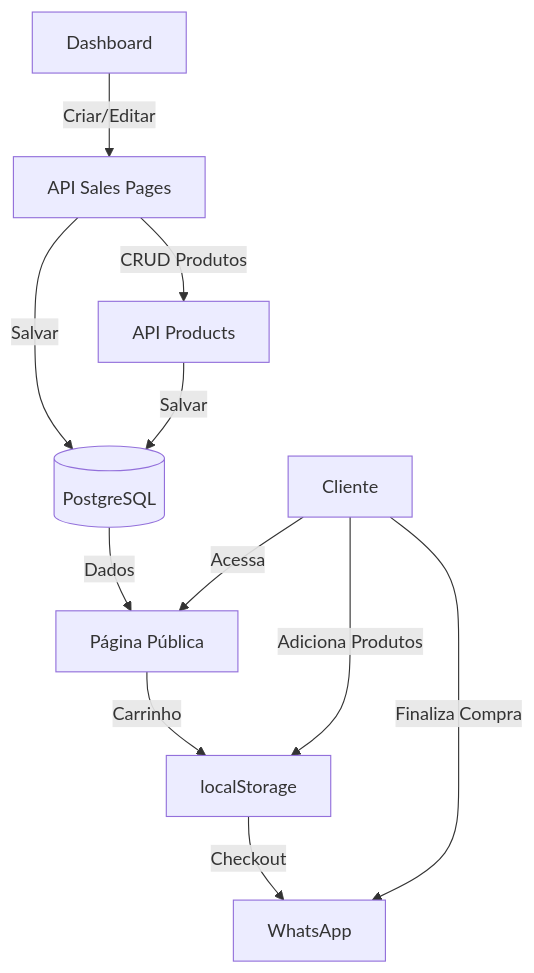
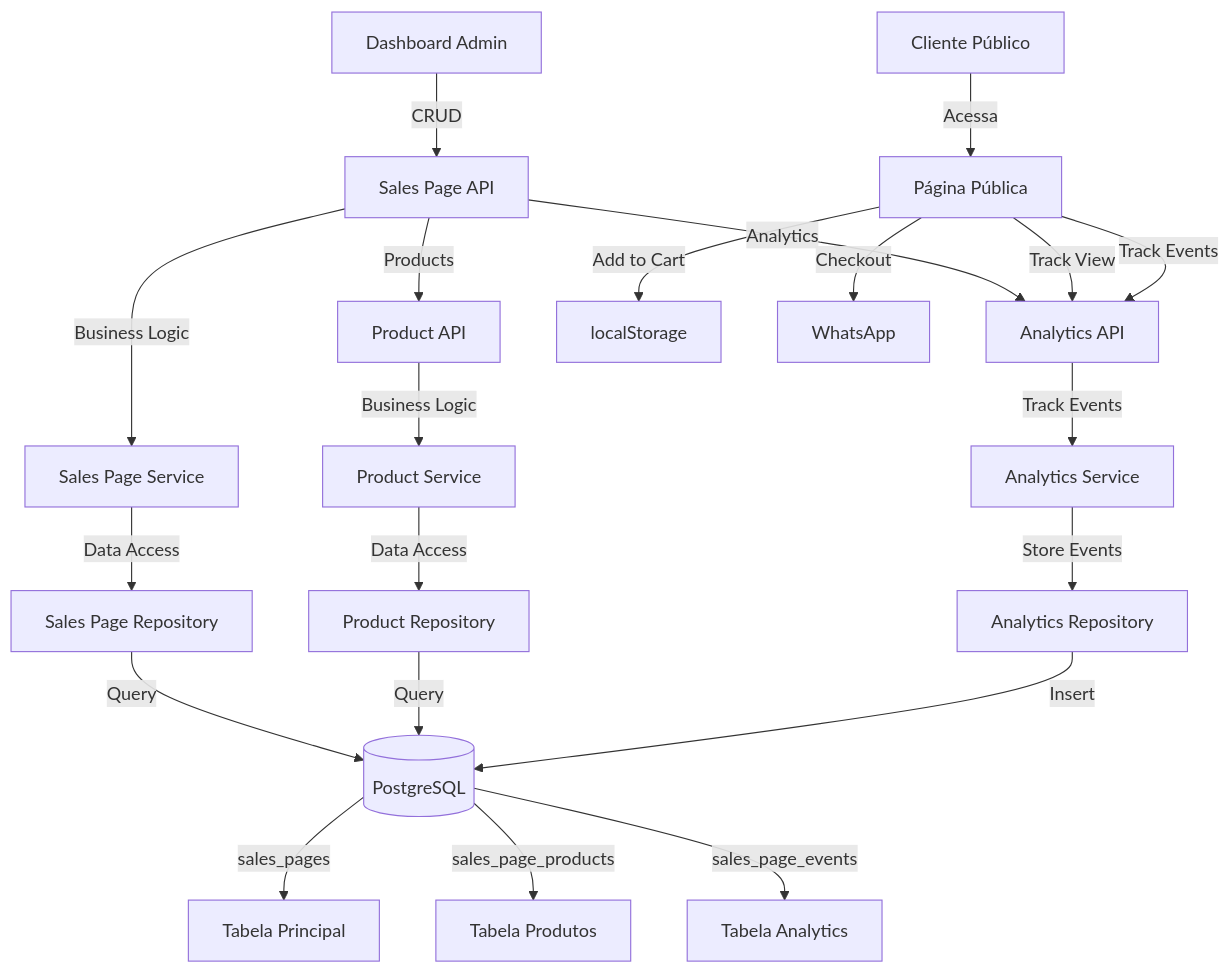
One commit to conectaking/conectaking-funcionando changed the diagram in .cursor/plans/módulo_página_de_vendas_78130cf8.plan.md. Above: the diagram before and after it, drawn with Mermaid. The commit also changed other lines of this file and 26 other files, not shown here.

First line of the commit message:
Update sales page module and profile view for enhanced user experience

````diff
--- a/.cursor/plans/módulo_página_de_vendas_78130cf8.plan.md
+++ b/.cursor/plans/módulo_página_de_vendas_78130cf8.plan.md
@@ -62,15 +92,27 @@
 ```mermaid
 graph TB
-    A[Dashboard] -->|Criar/Editar| B[API Sales Pages]
-    B -->|Salvar| C[(PostgreSQL)]
-    C -->|Dados| D[Página Pública]
-    D -->|Carrinho| E[localStorage]
-    E -->|Checkout| F[WhatsApp]
+    A[Dashboard Admin] -->|CRUD| B[Sales Page API]
+    B -->|Business Logic| C[Sales Page Service]
+    C -->|Data Access| D[Sales Page Repository]
+    D -->|Query| E[(PostgreSQL)]
     
-    B -->|CRUD Produtos| G[API Products]
-    G -->|Salvar| C
+    B -->|Products| F[Product API]
+    F -->|Business Logic| G[Product Service]
+    G -->|Data Access| H[Product Repository]
+    H -->|Query| E
     
-    H[Cliente] -->|Acessa| D
-    H -->|Adiciona Produtos| E
-    H -->|Finaliza Compra| F
+    B -->|Analytics| I[Analytics API]
+    I -->|Track Events| J[Analytics Service]
+    J -->|Store Events| K[Analytics Repository]
+    K -->|Insert| E
+    
+    L[Cliente Público] -->|Acessa| M[Página Pública]
+    M -->|Track View| I
+    M -->|Add to Cart| N[localStorage]
+    M -->|Checkout| O[WhatsApp]
+    M -->|Track Events| I
+    
+    E -->|sales_pages| P[Tabela Principal]
+    E -->|sales_page_products| Q[Tabela Produtos]
+    E -->|sales_page_events| R[Tabela Analytics]
 ```
````
